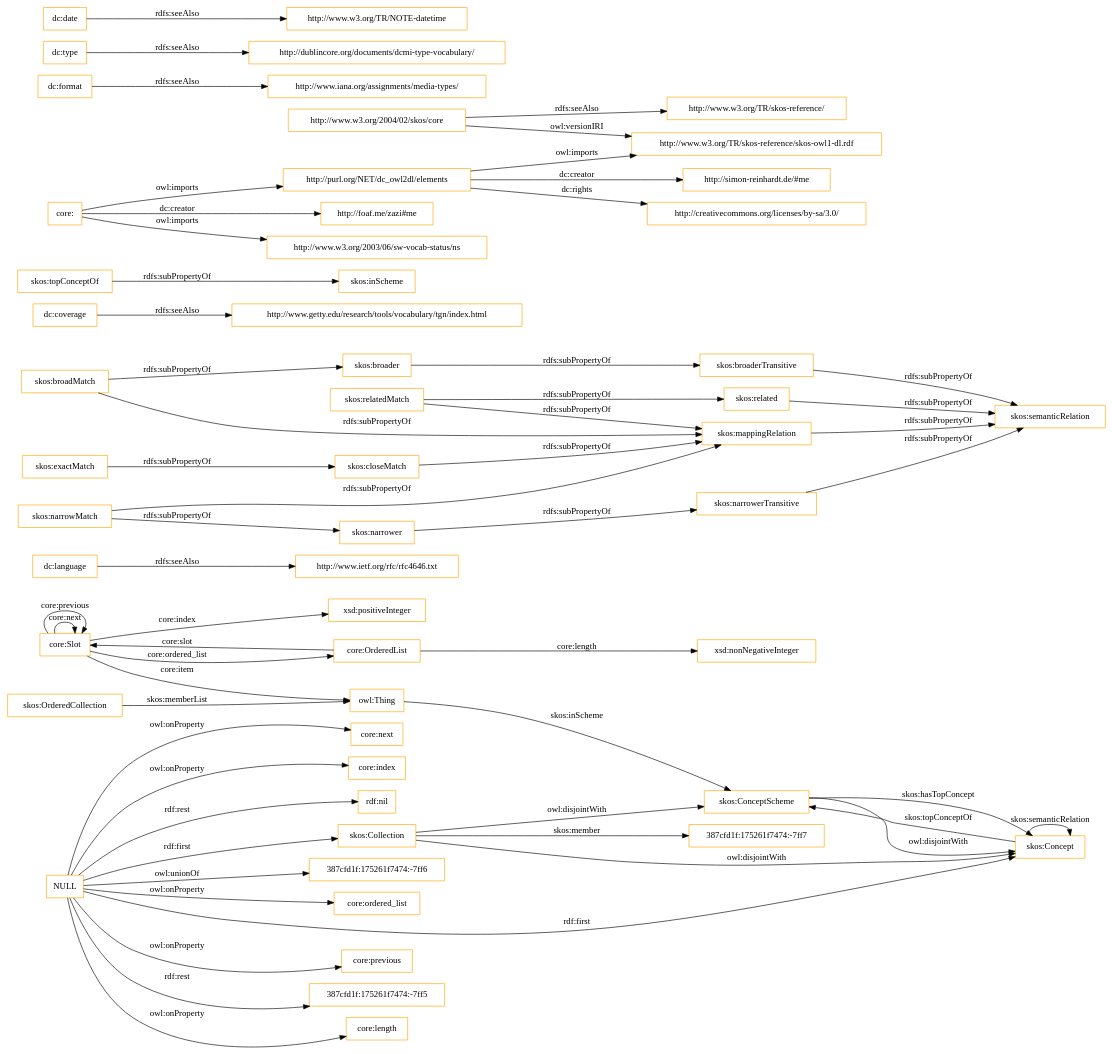
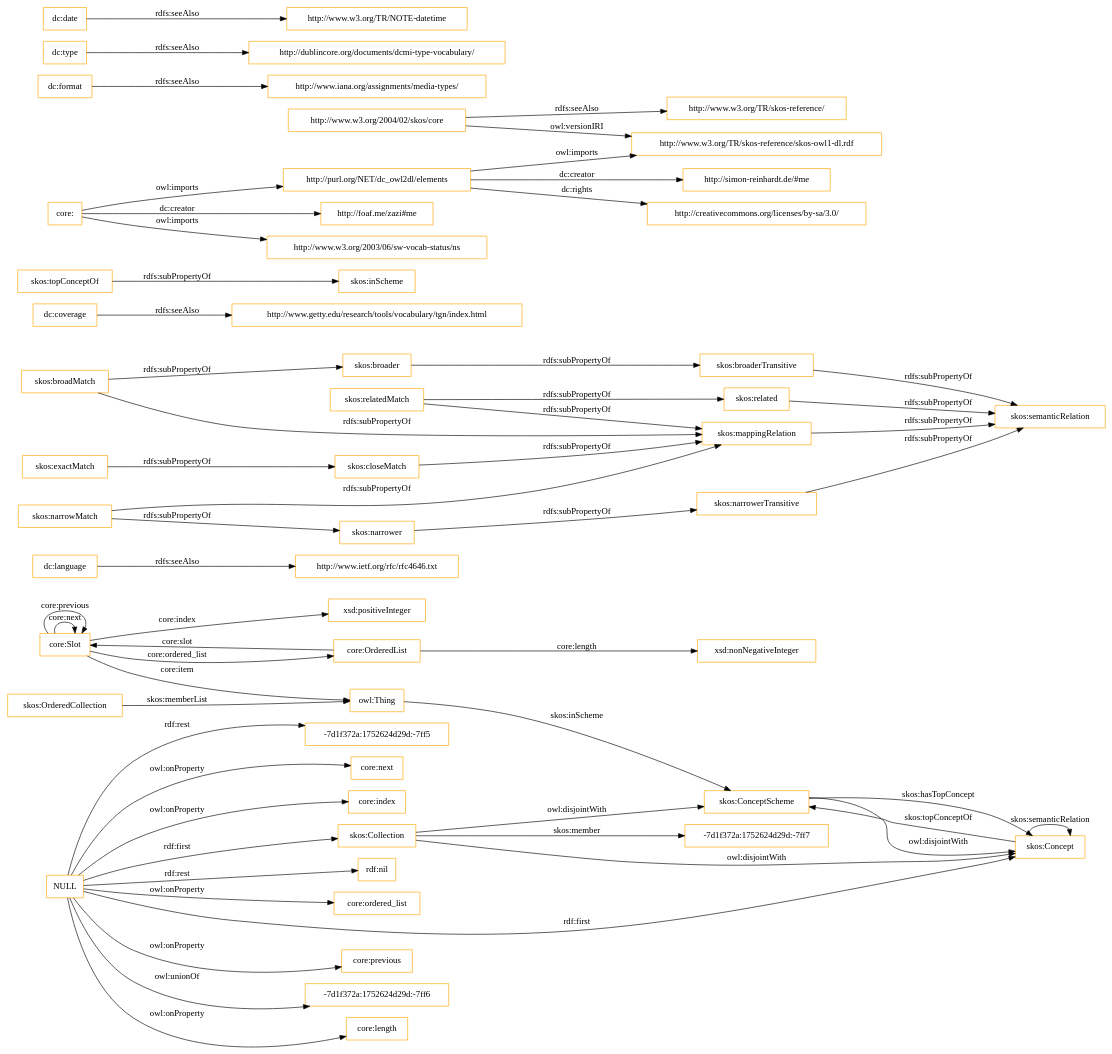
Before and after one commit to OnToologyUser/core-ontology-1: the diagram in OnToology/imports/core.owl/diagrams/ar2dtool-class/core.owl.png.dot, drawn with Graphviz. The commit also changed 14 other files, not shown here.

```diff
--- a/OnToology/imports/core.owl/diagrams/ar2dtool-class/core.owl.png.dot
+++ b/OnToology/imports/core.owl/diagrams/ar2dtool-class/core.owl.png.dot
@@ -1,60 +1,60 @@
 digraph ar2dtool_diagram { 
 rankdir=LR;
 size="1501"
-node [shape = rectangle, color="orange"]; "core:Slot" "core:OrderedList" "387cfd1f:175261f7474:-7ff7" "skos:OrderedCollection" "skos:Collection" "skos:ConceptScheme" "skos:Concept" ; /*classes style*/
+node [shape = rectangle, color="orange"]; "core:Slot" "core:OrderedList" "-7d1f372a:1752624d29d:-7ff7" "skos:OrderedCollection" "skos:Collection" "skos:ConceptScheme" "skos:Concept" ; /*classes style*/
 	"dc:language" -> "http://www.ietf.org/rfc/rfc4646.txt" [ label = "rdfs:seeAlso" ];
 	"NULL" -> "core:previous" [ label = "owl:onProperty" ];
-	"NULL" -> "387cfd1f:175261f7474:-7ff5" [ label = "rdf:rest" ];
+	"NULL" -> "-7d1f372a:1752624d29d:-7ff6" [ label = "owl:unionOf" ];
 	"NULL" -> "core:length" [ label = "owl:onProperty" ];
 	"NULL" -> "skos:Concept" [ label = "rdf:first" ];
+	"NULL" -> "-7d1f372a:1752624d29d:-7ff5" [ label = "rdf:rest" ];
 	"NULL" -> "core:next" [ label = "owl:onProperty" ];
 	"NULL" -> "core:index" [ label = "owl:onProperty" ];
 	"NULL" -> "rdf:nil" [ label = "rdf:rest" ];
-	"NULL" -> "387cfd1f:175261f7474:-7ff6" [ label = "owl:unionOf" ];
 	"NULL" -> "core:ordered_list" [ label = "owl:onProperty" ];
 	"NULL" -> "skos:Collection" [ label = "rdf:first" ];
 	"skos:closeMatch" -> "skos:mappingRelation" [ label = "rdfs:subPropertyOf" ];
 	"dc:coverage" -> "http://www.getty.edu/research/tools/vocabulary/tgn/index.html" [ label = "rdfs:seeAlso" ];
 	"skos:relatedMatch" -> "skos:related" [ label = "rdfs:subPropertyOf" ];
 	"skos:relatedMatch" -> "skos:mappingRelation" [ label = "rdfs:subPropertyOf" ];
 	"skos:ConceptScheme" -> "skos:Concept" [ label = "owl:disjointWith" ];
 	"skos:related" -> "skos:semanticRelation" [ label = "rdfs:subPropertyOf" ];
 	"skos:topConceptOf" -> "skos:inScheme" [ label = "rdfs:subPropertyOf" ];
 	"skos:broadMatch" -> "skos:broader" [ label = "rdfs:subPropertyOf" ];
 	"skos:broadMatch" -> "skos:mappingRelation" [ label = "rdfs:subPropertyOf" ];
 	"http://purl.org/NET/dc_owl2dl/elements" -> "http://www.w3.org/TR/skos-reference/skos-owl1-dl.rdf" [ label = "owl:imports" ];
 	"http://purl.org/NET/dc_owl2dl/elements" -> "http://creativecommons.org/licenses/by-sa/3.0/" [ label = "dc:rights" ];
 	"http://purl.org/NET/dc_owl2dl/elements" -> "http://simon-reinhardt.de/#me" [ label = "dc:creator" ];
 	"skos:exactMatch" -> "skos:closeMatch" [ label = "rdfs:subPropertyOf" ];
 	"dc:format" -> "http://www.iana.org/assignments/media-types/" [ label = "rdfs:seeAlso" ];
 	"core:" -> "http://foaf.me/zazi#me" [ label = "dc:creator" ];
 	"core:" -> "http://www.w3.org/2003/06/sw-vocab-status/ns" [ label = "owl:imports" ];
 	"core:" -> "http://purl.org/NET/dc_owl2dl/elements" [ label = "owl:imports" ];
 	"skos:broaderTransitive" -> "skos:semanticRelation" [ label = "rdfs:subPropertyOf" ];
 	"skos:mappingRelation" -> "skos:semanticRelation" [ label = "rdfs:subPropertyOf" ];
 	"skos:broader" -> "skos:broaderTransitive" [ label = "rdfs:subPropertyOf" ];
 	"dc:type" -> "http://dublincore.org/documents/dcmi-type-vocabulary/" [ label = "rdfs:seeAlso" ];
 	"http://www.w3.org/2004/02/skos/core" -> "http://www.w3.org/TR/skos-reference/skos-owl1-dl.rdf" [ label = "owl:versionIRI" ];
 	"http://www.w3.org/2004/02/skos/core" -> "http://www.w3.org/TR/skos-reference/" [ label = "rdfs:seeAlso" ];
 	"skos:Collection" -> "skos:ConceptScheme" [ label = "owl:disjointWith" ];
 	"skos:Collection" -> "skos:Concept" [ label = "owl:disjointWith" ];
 	"skos:narrowMatch" -> "skos:narrower" [ label = "rdfs:subPropertyOf" ];
 	"skos:narrowMatch" -> "skos:mappingRelation" [ label = "rdfs:subPropertyOf" ];
 	"skos:narrower" -> "skos:narrowerTransitive" [ label = "rdfs:subPropertyOf" ];
 	"dc:date" -> "http://www.w3.org/TR/NOTE-datetime" [ label = "rdfs:seeAlso" ];
 	"skos:narrowerTransitive" -> "skos:semanticRelation" [ label = "rdfs:subPropertyOf" ];
 	"core:Slot" -> "xsd:positiveInteger" [ label = "core:index" ];
 	"skos:Concept" -> "skos:ConceptScheme" [ label = "skos:topConceptOf" ];
 	"core:Slot" -> "owl:Thing" [ label = "core:item" ];
 	"core:OrderedList" -> "xsd:nonNegativeInteger" [ label = "core:length" ];
 	"core:OrderedList" -> "core:Slot" [ label = "core:slot" ];
-	"skos:Collection" -> "387cfd1f:175261f7474:-7ff7" [ label = "skos:member" ];
+	"skos:Collection" -> "-7d1f372a:1752624d29d:-7ff7" [ label = "skos:member" ];
 	"core:Slot" -> "core:Slot" [ label = "core:next" ];
 	"skos:ConceptScheme" -> "skos:Concept" [ label = "skos:hasTopConcept" ];
 	"owl:Thing" -> "skos:ConceptScheme" [ label = "skos:inScheme" ];
 	"core:Slot" -> "core:Slot" [ label = "core:previous" ];
 	"skos:OrderedCollection" -> "owl:Thing" [ label = "skos:memberList" ];
 	"skos:Concept" -> "skos:Concept" [ label = "skos:semanticRelation" ];
 	"core:Slot" -> "core:OrderedList" [ label = "core:ordered_list" ];
 
 }
```
